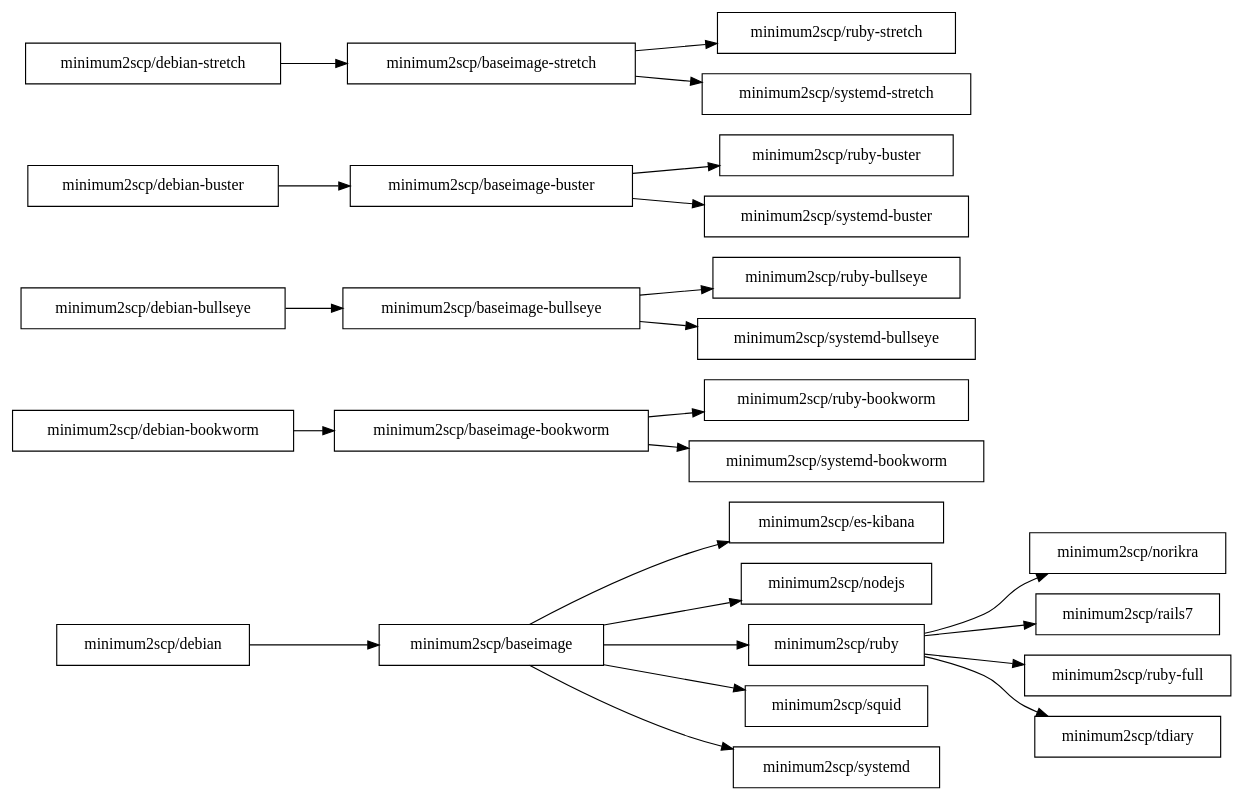
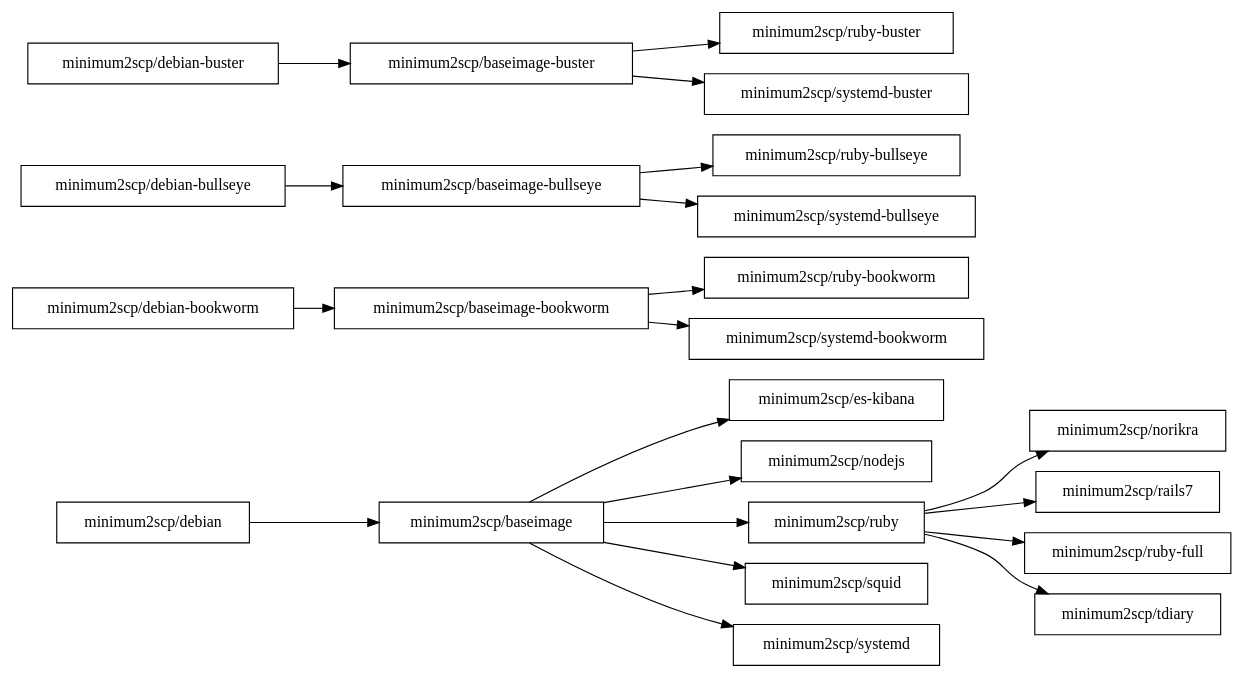
The diagram in deps.dot (minimum2scp/dockerfiles), drawn with Graphviz before and after one commit.

```diff
--- a/deps.dot
+++ b/deps.dot
@@ -1,56 +1,49 @@
 digraph deps {
   graph [
     rankdir = "LR"
   ];
 
   node [
     shape = "box"
   ];
 
   ratio = auto;
 
   baseimage          [label = "minimum2scp/baseimage"];
   baseimage_bookworm [label = "minimum2scp/baseimage-bookworm"];
   baseimage_bullseye [label = "minimum2scp/baseimage-bullseye"];
   baseimage_buster   [label = "minimum2scp/baseimage-buster"];
-  baseimage_stretch  [label = "minimum2scp/baseimage-stretch"];
   debian             [label = "minimum2scp/debian"];
   debian_bookworm    [label = "minimum2scp/debian-bookworm"];
   debian_bullseye    [label = "minimum2scp/debian-bullseye"];
   debian_buster      [label = "minimum2scp/debian-buster"];
-  debian_stretch     [label = "minimum2scp/debian-stretch"];
   es_kibana          [label = "minimum2scp/es-kibana"];
   nodejs             [label = "minimum2scp/nodejs"];
   norikra            [label = "minimum2scp/norikra"];
   rails7             [label = "minimum2scp/rails7"];
   ruby               [label = "minimum2scp/ruby"];
   ruby_bookworm      [label = "minimum2scp/ruby-bookworm"];
   ruby_bullseye      [label = "minimum2scp/ruby-bullseye"];
   ruby_buster        [label = "minimum2scp/ruby-buster"];
   ruby_full          [label = "minimum2scp/ruby-full"];
-  ruby_stretch       [label = "minimum2scp/ruby-stretch"];
   squid              [label = "minimum2scp/squid"];
   systemd            [label = "minimum2scp/systemd"];
   systemd_bookworm   [label = "minimum2scp/systemd-bookworm"];
   systemd_bullseye   [label = "minimum2scp/systemd-bullseye"];
   systemd_buster     [label = "minimum2scp/systemd-buster"];
-  systemd_stretch    [label = "minimum2scp/systemd-stretch"];
   tdiary             [label = "minimum2scp/tdiary"];
 
   debian    -> baseimage;
   baseimage -> {es_kibana, nodejs, ruby, squid, systemd};
   ruby      -> {norikra, rails7, ruby_full, tdiary};
 
   debian_bookworm -> baseimage_bookworm;
   baseimage_bookworm -> {ruby_bookworm, systemd_bookworm};
 
   debian_bullseye -> baseimage_bullseye;
   baseimage_bullseye -> {ruby_bullseye, systemd_bullseye};
 
   debian_buster -> baseimage_buster;
   baseimage_buster -> {ruby_buster, systemd_buster};
 
-  debian_stretch   -> baseimage_stretch;
-  baseimage_stretch -> {systemd_stretch, ruby_stretch};
-
 }
```
